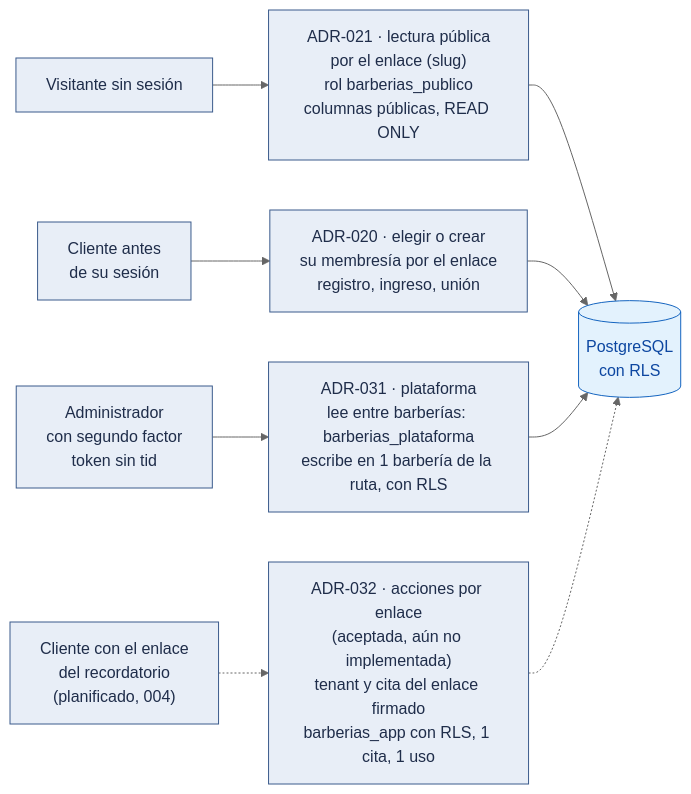
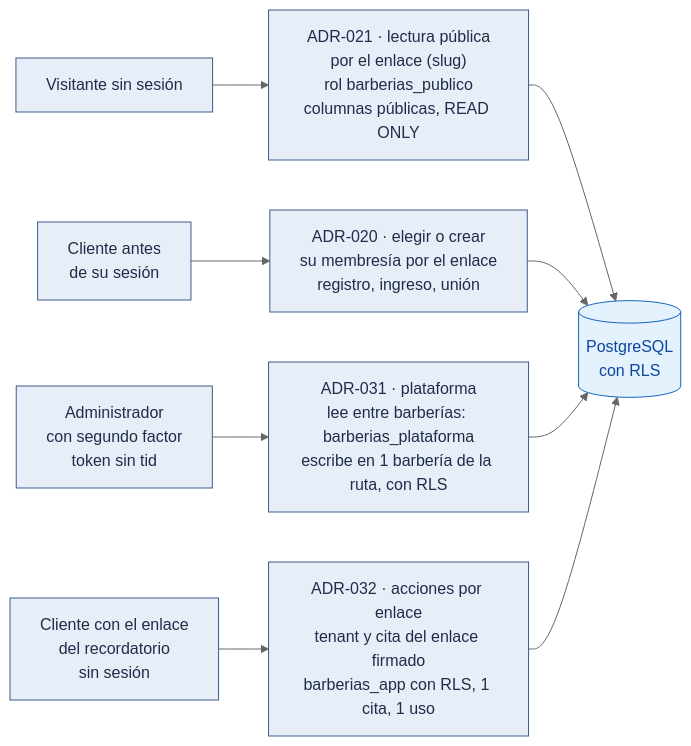
Before and after one commit to semcham/proyecto-final-barberia-ayacucho: the third of 7 diagrams in docs/02-arquitectura-software/multi-tenancy-y-datos.md, drawn with Mermaid (neutral theme). The commit also changed other lines of this file and 27 other files, not shown here.

````diff
--- a/docs/02-arquitectura-software/multi-tenancy-y-datos.md
+++ b/docs/02-arquitectura-software/multi-tenancy-y-datos.md
@@ -109,27 +109,25 @@
 ```mermaid
 flowchart LR
     V["Visitante sin sesión"]
     CL["Cliente antes<br/>de su sesión"]
     AD["Administrador<br/>con segundo factor<br/>token sin tid"]
     E1["ADR-021 · lectura pública<br/>por el enlace (slug)<br/>rol barberias_publico<br/>columnas públicas, READ ONLY"]
     E2["ADR-020 · elegir o crear<br/>su membresía por el enlace<br/>registro, ingreso, unión"]
     E3["ADR-031 · plataforma<br/>lee entre barberías: barberias_plataforma<br/>escribe en 1 barbería de la ruta, con RLS"]
-    CE["Cliente con el enlace<br/>del recordatorio<br/>(planificado, 004)"]
-    E4["ADR-032 · acciones por enlace<br/>(aceptada, aún no implementada)<br/>tenant y cita del enlace firmado<br/>barberias_app con RLS, 1 cita, 1 uso"]
+    CE["Cliente con el enlace<br/>del recordatorio<br/>sin sesión"]
+    E4["ADR-032 · acciones por enlace<br/>tenant y cita del enlace firmado<br/>barberias_app con RLS, 1 cita, 1 uso"]
     BD[("PostgreSQL<br/>con RLS")]
     V --> E1
     CL --> E2
     AD --> E3
-    CE -.-> E4
+    CE --> E4
     E1 --> BD
     E2 --> BD
     E3 --> BD
-    E4 -.-> BD
+    E4 --> BD
 
     classDef implementado fill:#e8eef7,stroke:#3b5b8c,color:#1f2d4a
-    classDef planificado fill:#e8eef7,stroke:#3b5b8c,color:#1f2d4a
     classDef datos fill:#e3f2fd,stroke:#1565c0,color:#0d47a1
-    class V,CL,AD,E1,E2,E3 implementado
-    class CE,E4 planificado
+    class V,CL,AD,E1,E2,E3,CE,E4 implementado
     class BD datos
 ```
````
